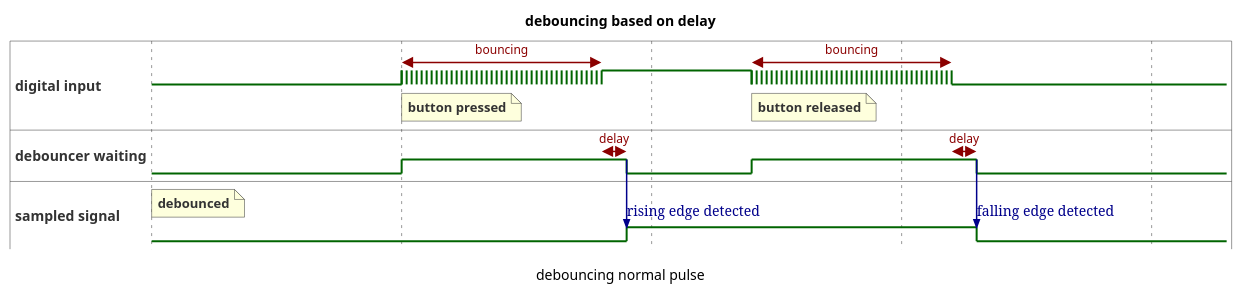
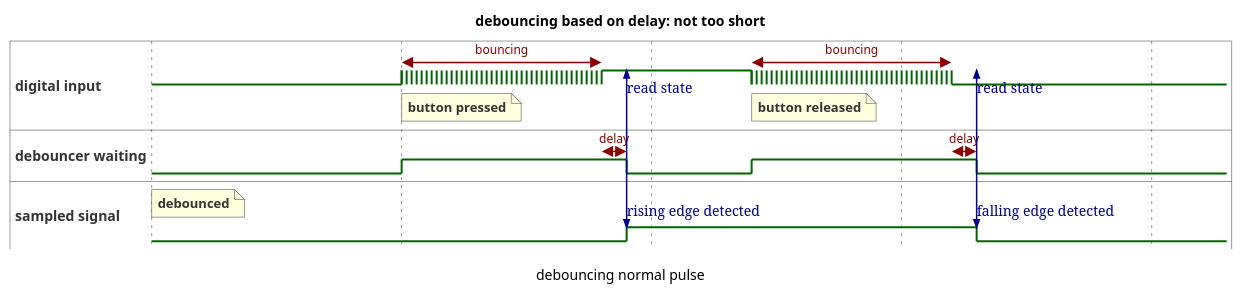
Before and after one commit to dhebbeker/task-tracker: the diagram in lib/3rd_party_adapters/FreeRTOS/bouncing-delay-normal.puml, drawn with PlantUML. The commit also changed 3 other files, not shown here.

First line of the commit message:
Adjust timing diagrams for debouncing.

```diff
--- a/lib/3rd_party_adapters/FreeRTOS/bouncing-delay-normal.puml
+++ b/lib/3rd_party_adapters/FreeRTOS/bouncing-delay-normal.puml
@@ -1,39 +1,41 @@
 @startuml
-title debouncing based on delay
+title debouncing based on delay: not too short
 caption debouncing normal pulse
 hide time-axis
 scale 1 as 250 pixels
 binary "digital input" as D
 binary "debouncer waiting" as W
 binary "sampled signal" as B
 
 @0
 D is low
 note top of B : debounced
 B is low
 @+1
 D is {low,high}
 W is high
 note bottom of D : button pressed
 D@+0 <-> @+0.8 : bouncing
 @+0.8
 W@+0 <-> @+0.1 : delay
 D is high
 @+0.1
 W is low
+W -> D : read state
 W -> B : rising edge detected
 B is high
 @+0.5
 note bottom of D : button released
 D is {low,high}
 W is high
 D@+0 <-> @+0.8 : bouncing
 @+0.8
 D is low
 W@+0 <-> @+0.1 : delay
 @+0.1
 W is low
+W -> D : read state
 W -> B : falling edge detected
 B is low
 
 @enduml
```
